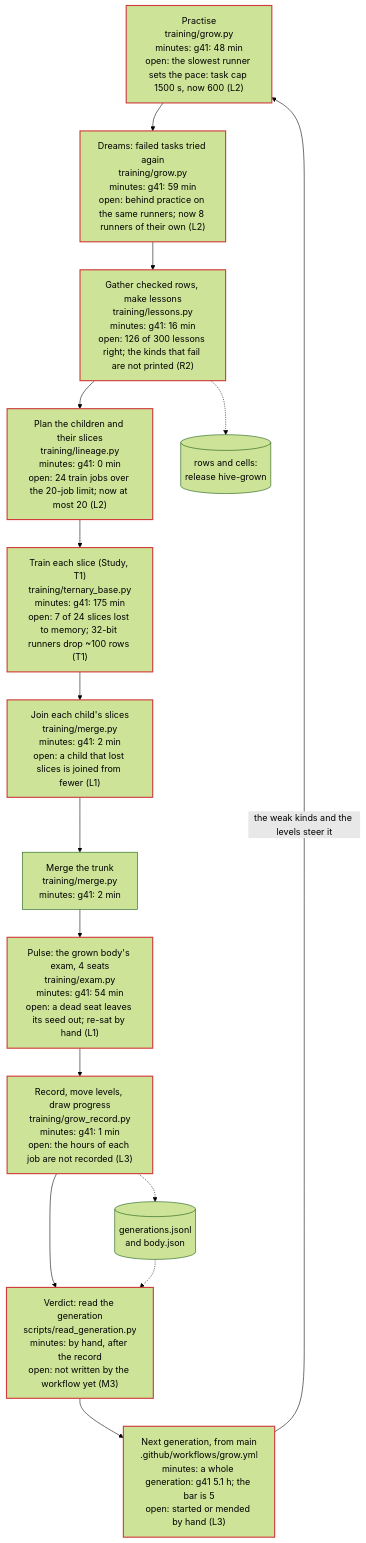
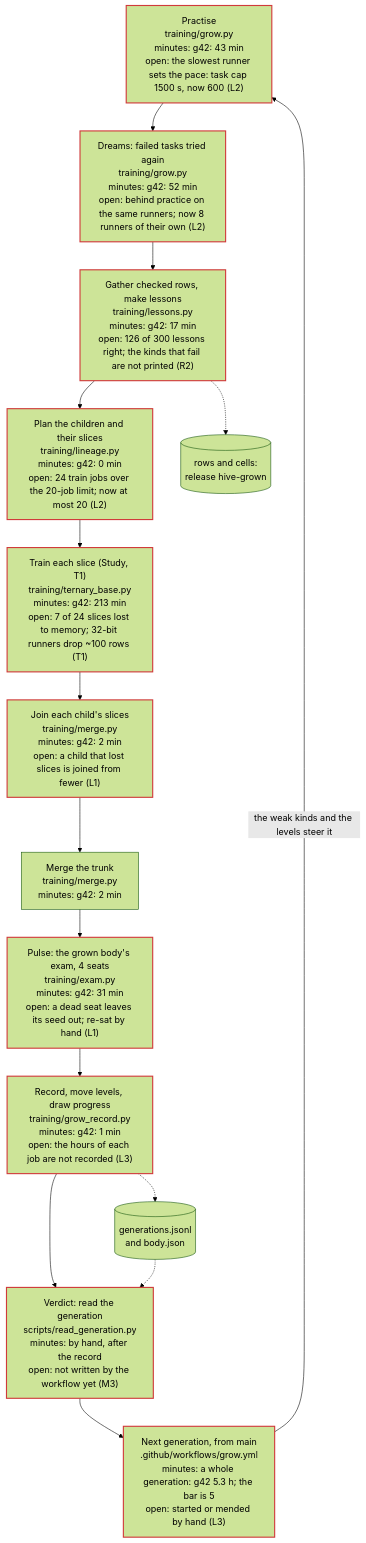
Before and after one commit to Arnav123-s/HiveMIND: the first of 4 diagrams in docs/KNOWLEDGE.md, drawn with Mermaid (forest theme). The commit also changed 14 other files, not shown here.

Commit message:
The hive's body: generation g42

````diff
--- a/docs/KNOWLEDGE.md
+++ b/docs/KNOWLEDGE.md
@@ -11,31 +11,31 @@
 ```mermaid
 flowchart TD
-  practise["Practise<br/>training/grow.py<br/>minutes: g41: 48 min<br/>open: the slowest runner sets the pace: task cap 1500 s, now 600 (L2)"]:::open
-  dreams["Dreams: failed tasks tried again<br/>training/grow.py<br/>minutes: g41: 59 min<br/>open: behind practice on the same runners; now 8 runners of their own (L2)"]:::open
-  gather["Gather checked rows, make lessons<br/>training/lessons.py<br/>minutes: g41: 16 min<br/>open: 126 of 300 lessons right; the kinds that fail are not printed (R2)"]:::open
-  plan["Plan the children and their slices<br/>training/lineage.py<br/>minutes: g41: 0 min<br/>open: 24 train jobs over the 20-job limit; now at most 20 (L2)"]:::open
-  trainc["Train each slice (Study, T1)<br/>training/ternary_base.py<br/>minutes: g41: 175 min<br/>open: 7 of 24 slices lost to memory; 32-bit runners drop ~100 rows (T1)"]:::open
-  join["Join each child's slices<br/>training/merge.py<br/>minutes: g41: 2 min<br/>open: a child that lost slices is joined from fewer (L1)"]:::open
-  trunk["Merge the trunk<br/>training/merge.py<br/>minutes: g41: 2 min"]
-  pulse["Pulse: the grown body's exam, 4 seats<br/>training/exam.py<br/>minutes: g41: 54 min<br/>open: a dead seat leaves its seed out; re-sat by hand (L1)"]:::open
-  recordg["Record, move levels, draw progress<br/>training/grow_record.py<br/>minutes: g41: 1 min<br/>open: the hours of each job are not recorded (L3)"]:::open
+  practise["Practise<br/>training/grow.py<br/>minutes: g42: 43 min<br/>open: the slowest runner sets the pace: task cap 1500 s, now 600 (L2)"]:::open
+  dreams["Dreams: failed tasks tried again<br/>training/grow.py<br/>minutes: g42: 52 min<br/>open: behind practice on the same runners; now 8 runners of their own (L2)"]:::open
+  gather["Gather checked rows, make lessons<br/>training/lessons.py<br/>minutes: g42: 17 min<br/>open: 126 of 300 lessons right; the kinds that fail are not printed (R2)"]:::open
+  plan["Plan the children and their slices<br/>training/lineage.py<br/>minutes: g42: 0 min<br/>open: 24 train jobs over the 20-job limit; now at most 20 (L2)"]:::open
+  trainc["Train each slice (Study, T1)<br/>training/ternary_base.py<br/>minutes: g42: 213 min<br/>open: 7 of 24 slices lost to memory; 32-bit runners drop ~100 rows (T1)"]:::open
+  join["Join each child's slices<br/>training/merge.py<br/>minutes: g42: 2 min<br/>open: a child that lost slices is joined from fewer (L1)"]:::open
+  trunk["Merge the trunk<br/>training/merge.py<br/>minutes: g42: 2 min"]
+  pulse["Pulse: the grown body's exam, 4 seats<br/>training/exam.py<br/>minutes: g42: 31 min<br/>open: a dead seat leaves its seed out; re-sat by hand (L1)"]:::open
+  recordg["Record, move levels, draw progress<br/>training/grow_record.py<br/>minutes: g42: 1 min<br/>open: the hours of each job are not recorded (L3)"]:::open
   verdictg["Verdict: read the generation<br/>scripts/read_generation.py<br/>minutes: by hand, after the record<br/>open: not written by the workflow yet (M3)"]:::open
-  nextg["Next generation, from main<br/>.github/workflows/grow.yml<br/>minutes: a whole generation: g41 5.1 h; the bar is 5<br/>open: started or mended by hand (L3)"]:::open
+  nextg["Next generation, from main<br/>.github/workflows/grow.yml<br/>minutes: a whole generation: g42 5.3 h; the bar is 5<br/>open: started or mended by hand (L3)"]:::open
   practise --> dreams
   dreams --> gather
   gather --> plan
   plan --> trainc
   trainc --> join
   join --> trunk
   trunk --> pulse
   pulse --> recordg
   recordg --> verdictg
   verdictg --> nextg
   nextg -->|"the weak kinds and the levels steer it"| practise
   rel[("rows and cells:<br/>release hive-grown")]
   rec[("generations.jsonl<br/>and body.json")]
   gather -.-> rel
   recordg -.-> rec
   rec -.-> verdictg
   classDef open stroke:#d03b3b,stroke-width:2px
 ```
````
